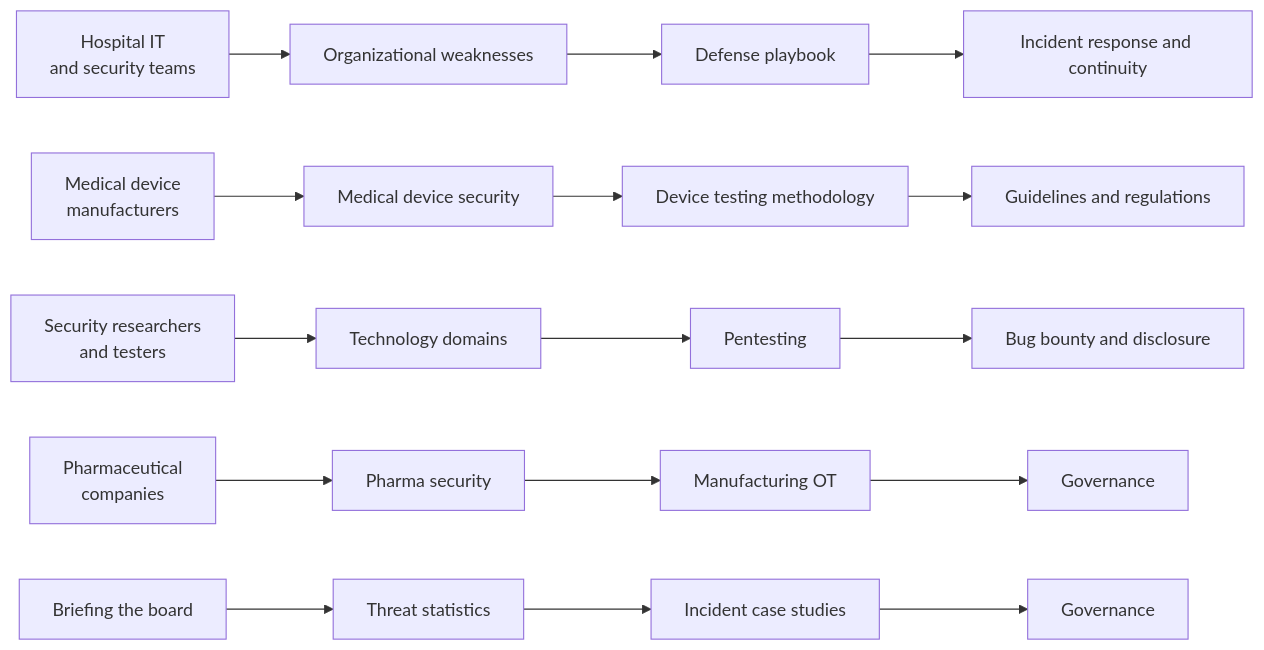
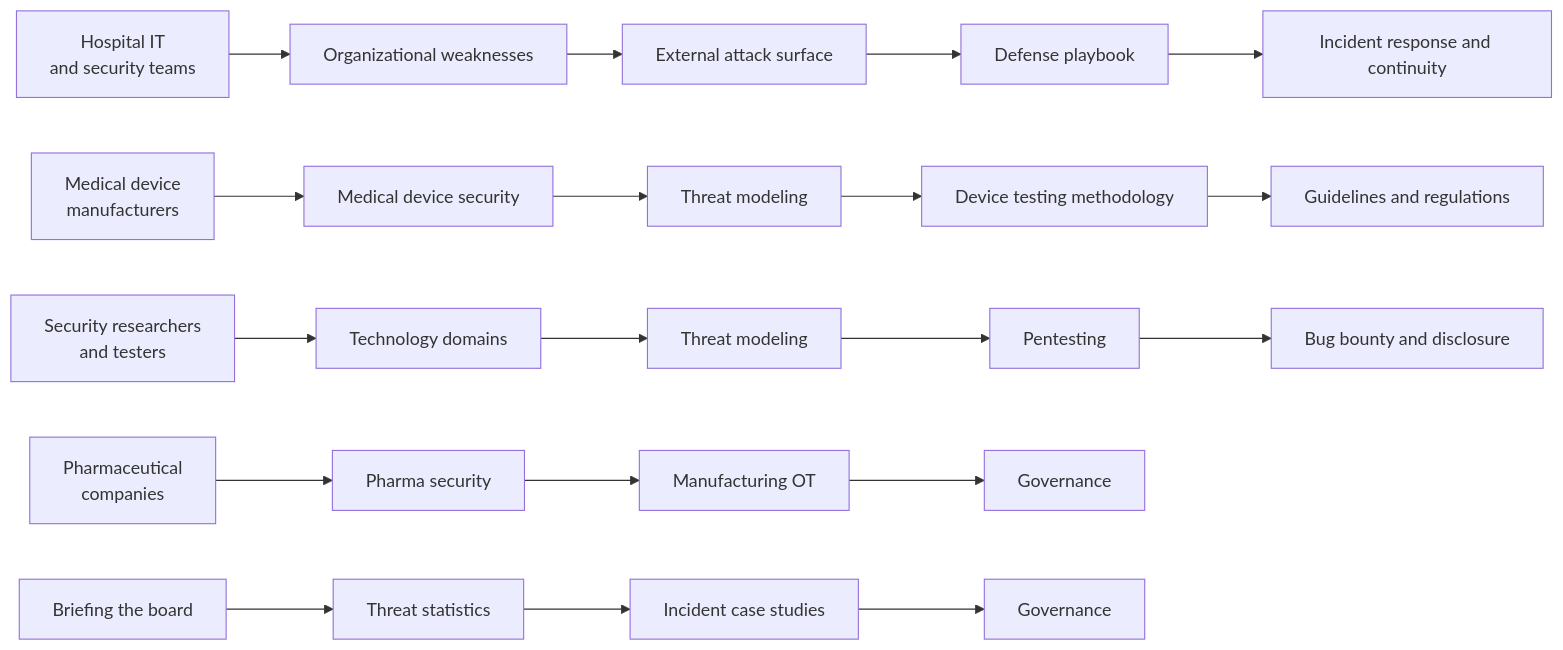
The diagram in README-en.md (scgajge12/awesome-healthcare-security), drawn with Mermaid before and after one commit. The commit also changed other lines of this file and 2 other files, not shown here.

````diff
--- a/README-en.md
+++ b/README-en.md
@@ -167,8 +186,8 @@
 ```mermaid
 flowchart LR
-    R1["Hospital IT<br>and security teams"] --> A1["Organizational weaknesses"] --> A2["Defense playbook"] --> A3["Incident response and continuity"]
-    R2["Medical device<br>manufacturers"] --> B1["Medical device security"] --> B2["Device testing methodology"] --> B3["Guidelines and regulations"]
-    R3["Security researchers<br>and testers"] --> C1["Technology domains"] --> C2["Pentesting"] --> C3["Bug bounty and disclosure"]
+    R1["Hospital IT<br>and security teams"] --> A1["Organizational weaknesses"] --> A0["External attack surface"] --> A2["Defense playbook"] --> A3["Incident response and continuity"]
+    R2["Medical device<br>manufacturers"] --> B1["Medical device security"] --> B0["Threat modeling"] --> B2["Device testing methodology"] --> B3["Guidelines and regulations"]
+    R3["Security researchers<br>and testers"] --> C1["Technology domains"] --> C0["Threat modeling"] --> C2["Pentesting"] --> C3["Bug bounty and disclosure"]
     R4["Pharmaceutical<br>companies"] --> D1["Pharma security"] --> D2["Manufacturing OT"] --> D3["Governance"]
     R5["Briefing the board"] --> E1["Threat statistics"] --> E2["Incident case studies"] --> E3["Governance"]
 ```
````
